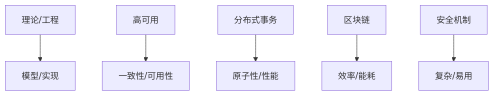
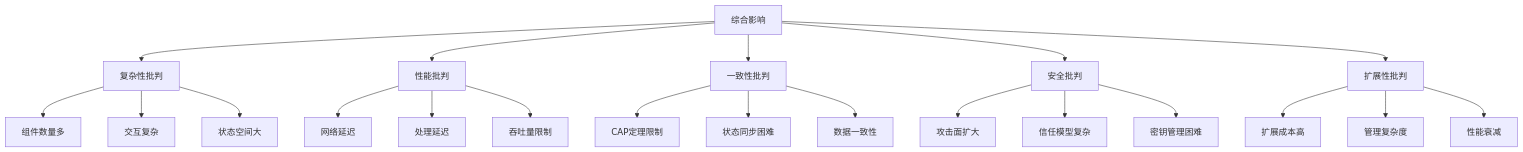
Before and after one commit to AdaMartin18010/SystemOSIOT: the first of 2 diagrams in 4.分布式系统/4.2 批判分析/4.2.2 批判视角.md, drawn with Mermaid. The commit also changed other lines of this file and 118 other files, not shown here.

````diff
--- a/4.分布式系统/4.2 批判分析/4.2.2 批判视角.md
+++ b/4.分布式系统/4.2 批判分析/4.2.2 批判视角.md
@@ -24,8 +215,28 @@
 ```mermaid
 graph TD;
-  A[理论/工程] --> B[模型/实现];
-  C[高可用] --> D[一致性/可用性];
-  E[分布式事务] --> F[原子性/性能];
-  G[区块链] --> H[效率/能耗];
-  I[安全机制] --> J[复杂/易用];
+  A[复杂性批判] --> A1[组件数量多]
+  A --> A2[交互复杂]
+  A --> A3[状态空间大]
+  
+  B[性能批判] --> B1[网络延迟]
+  B --> B2[处理延迟]
+  B --> B3[吞吐量限制]
+  
+  C[一致性批判] --> C1[CAP定理限制]
+  C --> C2[状态同步困难]
+  C --> C3[数据一致性]
+  
+  D[安全批判] --> D1[攻击面扩大]
+  D --> D2[信任模型复杂]
+  D --> D3[密钥管理困难]
+  
+  E[扩展性批判] --> E1[扩展成本高]
+  E --> E2[管理复杂度]
+  E --> E3[性能衰减]
+  
+  F[综合影响] --> A
+  F --> B
+  F --> C
+  F --> D
+  F --> E
 ```
````
